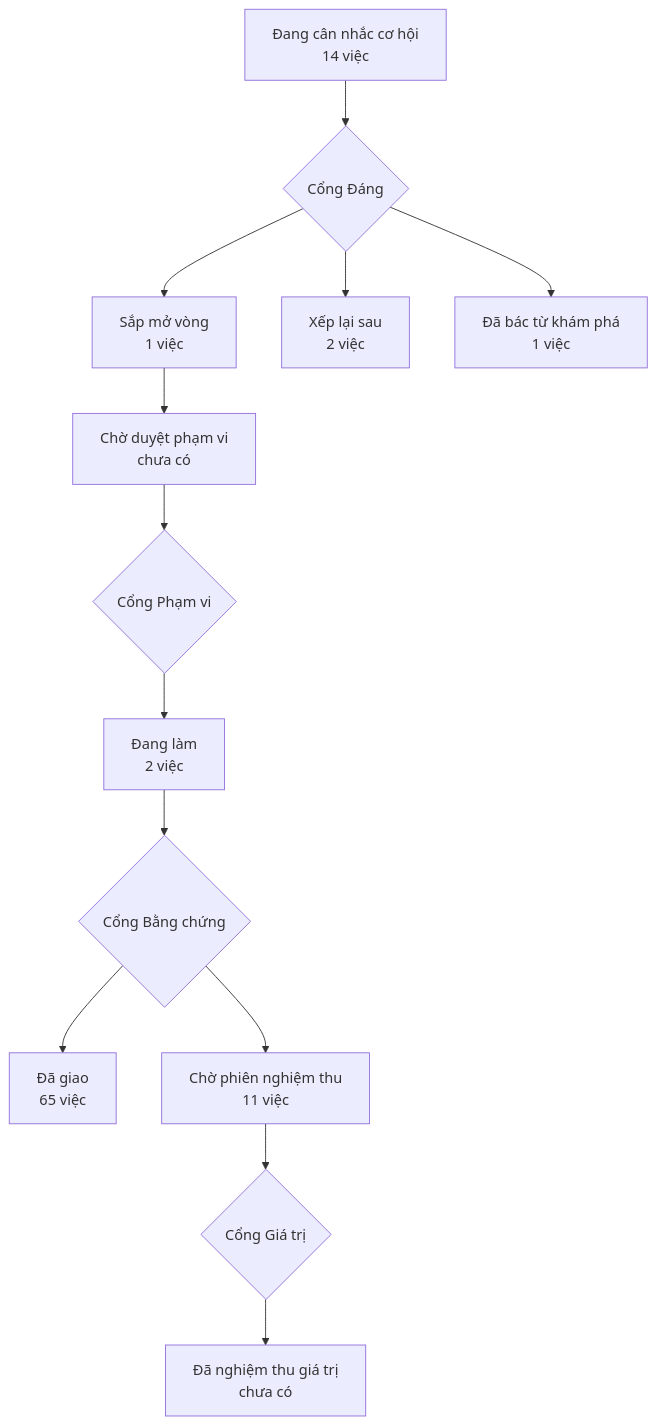
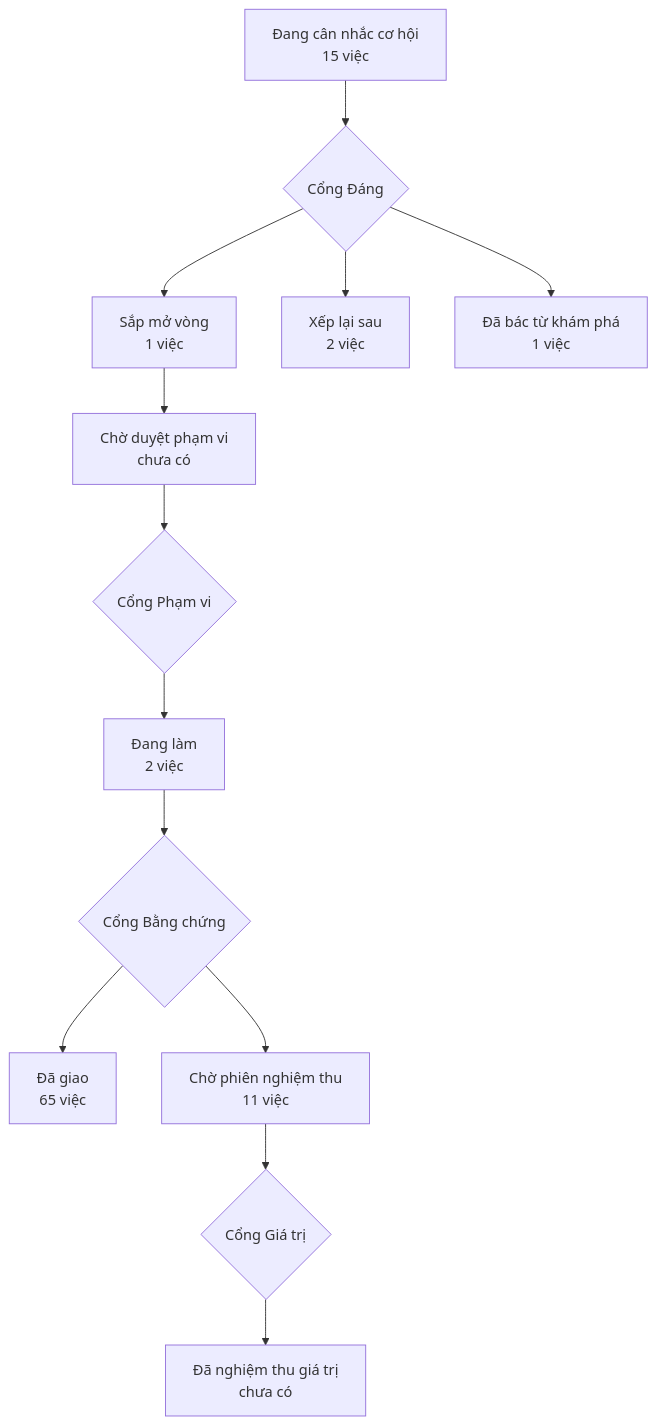
One commit to phanlemanh/acceptance-gate-kit changed the diagram in PRODUCT-MAP.md. Above: the diagram before and after it, drawn with Mermaid. The commit also changed other lines of this file, not shown here.

Commit message:
chore(product-map): vẽ lại bản đồ sau khi gộp hồ sơ cơ hội với main

````diff
--- a/PRODUCT-MAP.md
+++ b/PRODUCT-MAP.md
@@ -6,12 +6,12 @@
 ```mermaid
 flowchart TD
-  A["Đang cân nhắc cơ hội<br/>14 việc"] --> GD{"Cổng Đáng"}
+  A["Đang cân nhắc cơ hội<br/>15 việc"] --> GD{"Cổng Đáng"}
   GD --> B["Sắp mở vòng<br/>1 việc"]
   GD --> XL["Xếp lại sau<br/>2 việc"]
   GD --> DB["Đã bác từ khám phá<br/>1 việc"]
   B --> CD["Chờ duyệt phạm vi<br/>chưa có"] --> GP{"Cổng Phạm vi"}
   GP --> DL["Đang làm<br/>2 việc"] --> GB{"Cổng Bằng chứng"}
   GB --> DG["Đã giao<br/>65 việc"]
   GB --> CN["Chờ phiên nghiệm thu<br/>11 việc"] --> GG{"Cổng Giá trị"}
   GG --> NT["Đã nghiệm thu giá trị<br/>chưa có"]
 ```
````
